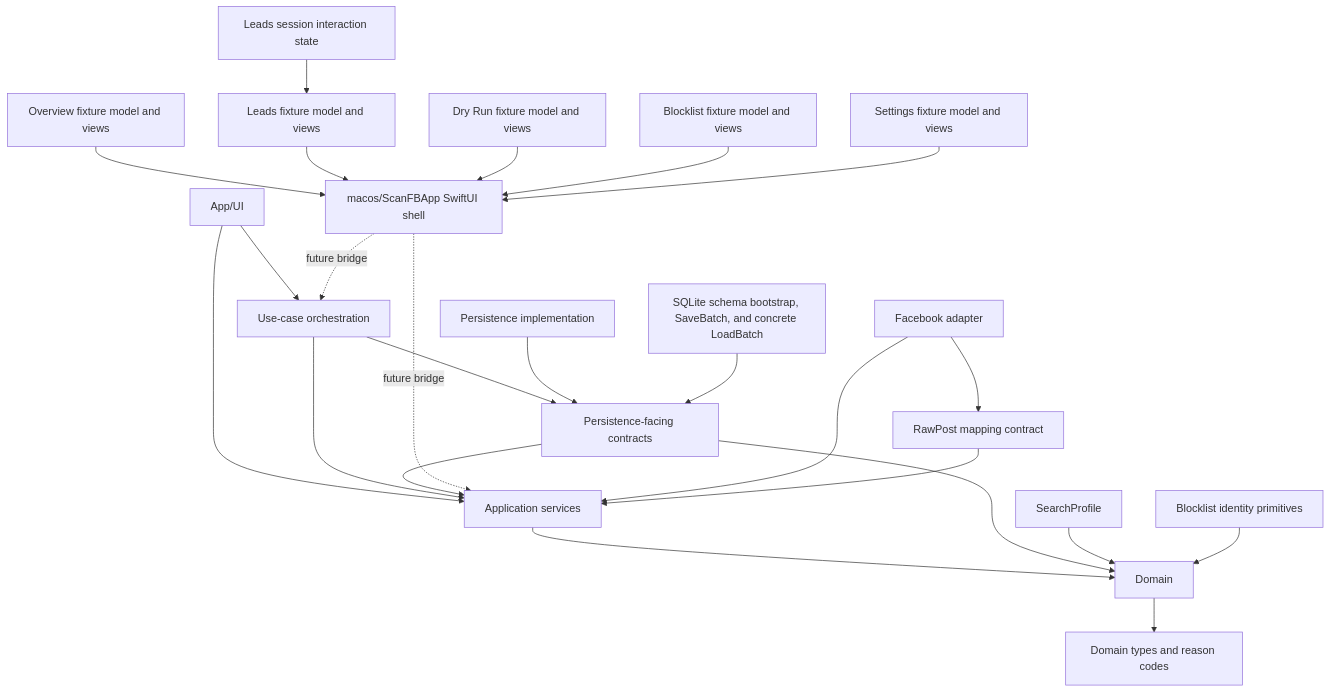
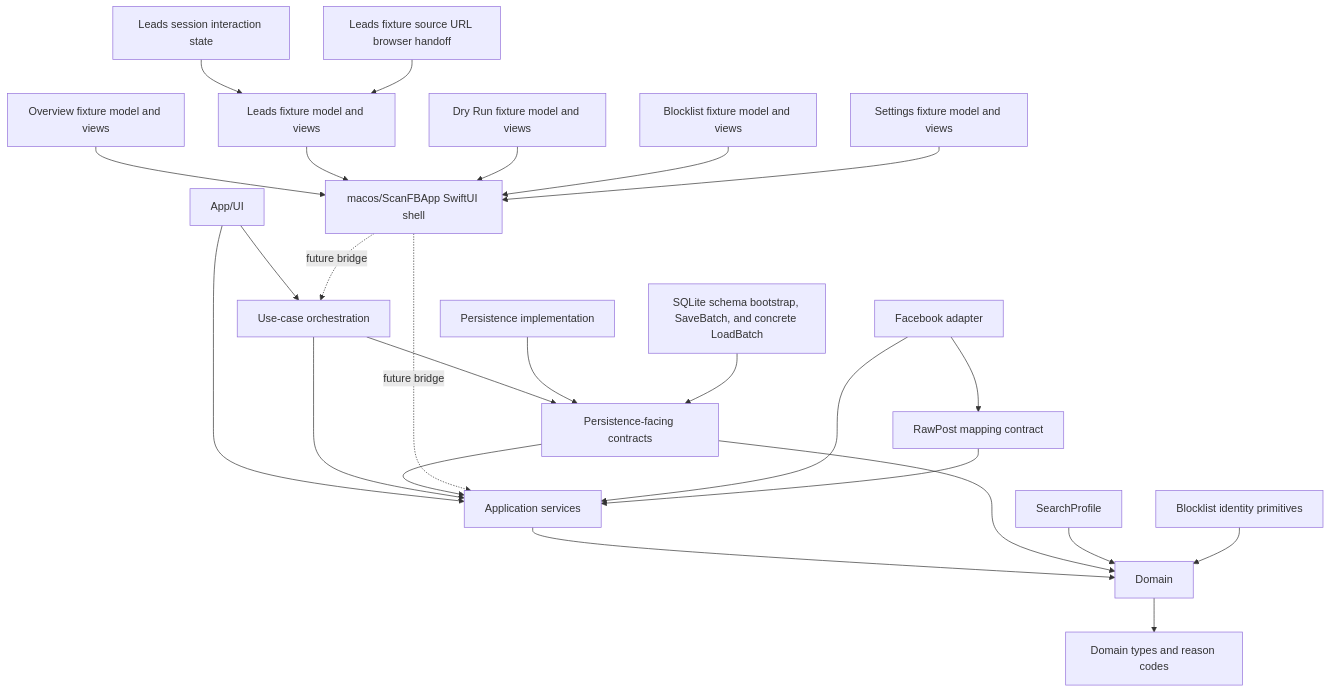
The diagram in docs/CODE_GRAPH.md (soleda2026/ScanFB), drawn with Mermaid before and after one commit. The commit also changed other lines of this file and 12 other files, not shown here.

Commit message:
feat(ui): add lead browser handoff

````diff
--- a/docs/CODE_GRAPH.md
+++ b/docs/CODE_GRAPH.md
@@ -7,26 +7,27 @@
 ```mermaid
 flowchart TD
     UI["App/UI"] --> APP["Application services"]
     UI --> ORCH["Use-case orchestration"]
     ORCH --> APP
     ORCH --> PERSIST_CONTRACT
     APP --> DOMAIN["Domain"]
     PERSIST_CONTRACT["Persistence-facing contracts"] --> APP
     PERSIST_CONTRACT --> DOMAIN
     PERSIST_IMPL["Persistence implementation"] --> PERSIST_CONTRACT
     SQLITE["SQLite schema bootstrap, SaveBatch, and concrete LoadBatch"] --> PERSIST_CONTRACT
     MACOS_APP["macos/ScanFBApp SwiftUI shell"] -.future bridge.-> ORCH
     MACOS_APP -.future bridge.-> APP
     OVERVIEW_FIXTURE["Overview fixture model and views"] --> MACOS_APP
     LEADS_FIXTURE["Leads fixture model and views"] --> MACOS_APP
     LEADS_INTERACTION_STATE["Leads session interaction state"] --> LEADS_FIXTURE
+    LEADS_BROWSER_HANDOFF["Leads fixture source URL browser handoff"] --> LEADS_FIXTURE
     DRYRUN_FIXTURE["Dry Run fixture model and views"] --> MACOS_APP
     BLOCKLIST_FIXTURE["Blocklist fixture model and views"] --> MACOS_APP
     SETTINGS_FIXTURE["Settings fixture model and views"] --> MACOS_APP
     FB["Facebook adapter"] --> APP
     FB --> RAW["RawPost mapping contract"]
     RAW --> APP
     PROFILE["SearchProfile"] --> DOMAIN
     DOMAIN --> TYPES["Domain types and reason codes"]
     BLOCKLIST["Blocklist identity primitives"] --> DOMAIN
 ```
````
